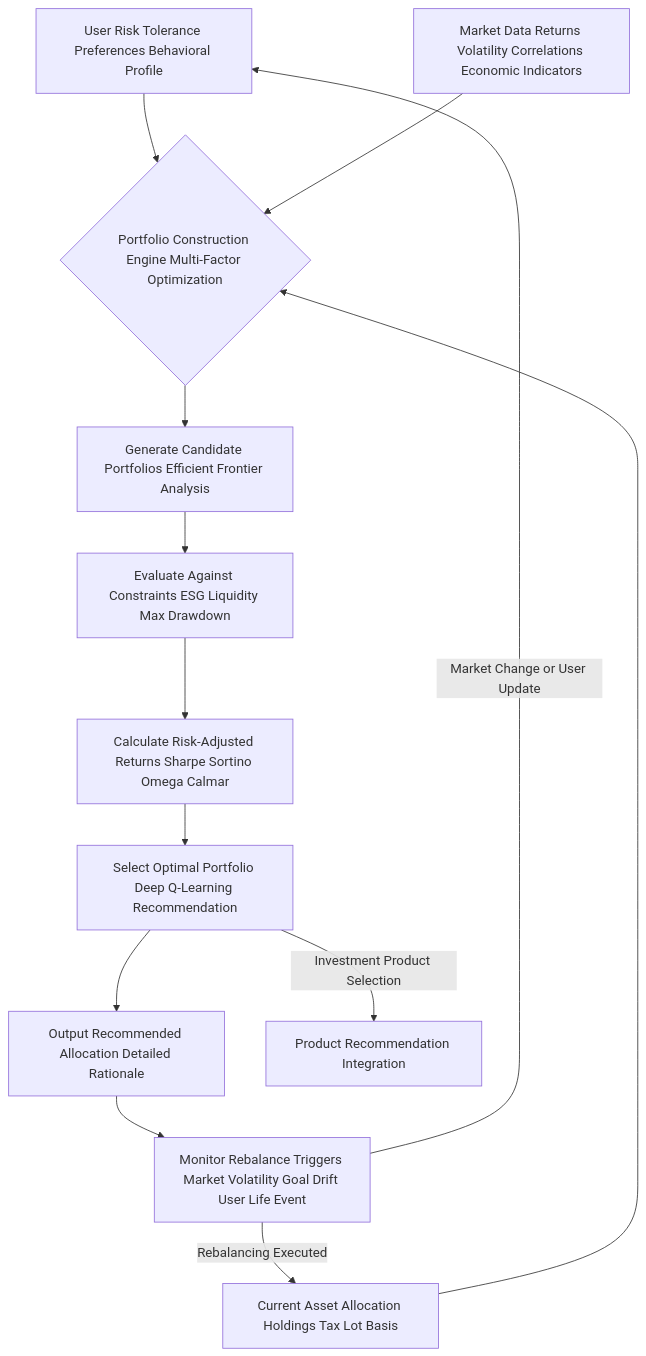
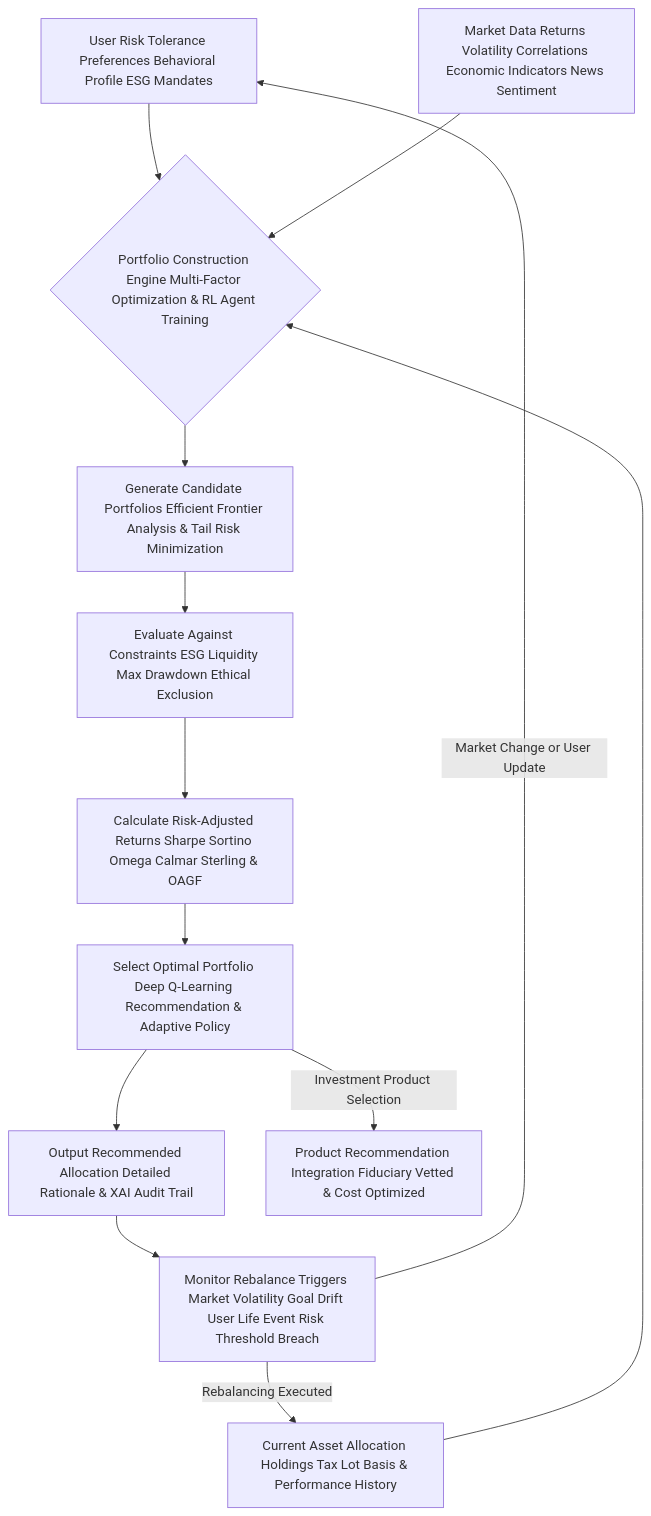
One commit to diplomat-bit/Citibank_Demo_Business_Inc_Demonstration- changed the seventh of 12 diagrams in inventions/004_ai_financial_plan_for_goals/generative_ai_prompt_template.md. Above: the diagram before and after it, drawn with Mermaid. The commit also changed other lines of this file, not shown here.

````diff
--- a/inventions/004_ai_financial_plan_for_goals/generative_ai_prompt_template.md
+++ b/inventions/004_ai_financial_plan_for_goals/generative_ai_prompt_template.md
@@ -861,15 +882,15 @@
 ```mermaid
 graph TD
-    A[User Risk Tolerance Preferences Behavioral Profile] --> B{Portfolio Construction Engine Multi-Factor Optimization}
-    C[Current Asset Allocation Holdings Tax Lot Basis] --> B
-    D[Market Data Returns Volatility Correlations Economic Indicators] --> B
-    B --> E[Generate Candidate Portfolios Efficient Frontier Analysis]
-    E --> F[Evaluate Against Constraints ESG Liquidity Max Drawdown]
-    F --> G[Calculate Risk-Adjusted Returns Sharpe Sortino Omega Calmar]
-    G --> H[Select Optimal Portfolio Deep Q-Learning Recommendation]
-    H --> I[Output Recommended Allocation Detailed Rationale]
-    I --> J[Monitor Rebalance Triggers Market Volatility Goal Drift User Life Event]
+    A[User Risk Tolerance Preferences Behavioral Profile ESG Mandates] --> B{Portfolio Construction Engine Multi-Factor Optimization & RL Agent Training}
+    C[Current Asset Allocation Holdings Tax Lot Basis & Performance History] --> B
+    D[Market Data Returns Volatility Correlations Economic Indicators News Sentiment] --> B
+    B --> E[Generate Candidate Portfolios Efficient Frontier Analysis & Tail Risk Minimization]
+    E --> F[Evaluate Against Constraints ESG Liquidity Max Drawdown Ethical Exclusion]
+    F --> G[Calculate Risk-Adjusted Returns Sharpe Sortino Omega Calmar Sterling & OAGF]
+    G --> H[Select Optimal Portfolio Deep Q-Learning Recommendation & Adaptive Policy]
+    H --> I[Output Recommended Allocation Detailed Rationale & XAI Audit Trail]
+    I --> J[Monitor Rebalance Triggers Market Volatility Goal Drift User Life Event Risk Threshold Breach]
     J -- Market Change or User Update --> A
     J -- Rebalancing Executed --> C
-    H -- Investment Product Selection --> K[Product Recommendation Integration]
+    H -- Investment Product Selection --> K[Product Recommendation Integration Fiduciary Vetted & Cost Optimized]
 ```
````
